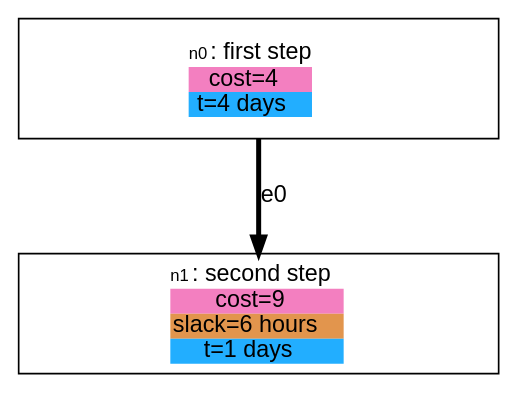
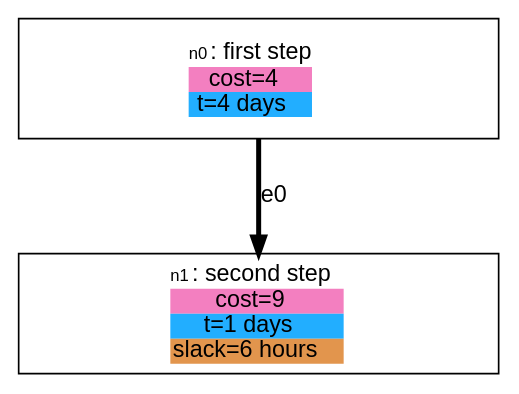
Before and after one commit to stevecooperorg/microdot: the diagram in examples/variables.dot, drawn with Graphviz. The commit also changed other lines of this file and 5 other files, not shown here.

```diff
--- a/examples/variables.dot
+++ b/examples/variables.dot
@@ -1,48 +1,48 @@
 digraph {
 
     graph [fontname = "helvetica" rankdir="TB" ranksep=0.75 nodesep=0.5];
     node [fontname = "helvetica" shape = "box" width=2.5 style=filled];
     edge [fontname = "helvetica" penwidth=3 color="#000000"];
 
     n0 [width=4 height=1 label=< <TABLE BORDER="0" CELLPADDING="0" CELLSPACING="0">
     <TR>
         <TD COLSPAN="2"><FONT POINT-SIZE="10">n0</FONT>: first step</TD>
     </TR>
     
         
            <TR>
 <TD BGCOLOR="#F37FC0"><FONT COLOR="#000000">cost=4</FONT></TD>
 </TR>
         
            <TR>
 <TD BGCOLOR="#22AEFF"><FONT COLOR="#000000">t=4 days</FONT></TD>
 </TR>
         
     
    </TABLE>
 > fillcolor="#FFFFFF"]
     n1 [width=4 height=1 label=< <TABLE BORDER="0" CELLPADDING="0" CELLSPACING="0">
     <TR>
         <TD COLSPAN="3"><FONT POINT-SIZE="10">n1</FONT>: second step</TD>
     </TR>
     
         
            <TR>
 <TD BGCOLOR="#F37FC0"><FONT COLOR="#000000">cost=9</FONT></TD>
 </TR>
         
            <TR>
-<TD BGCOLOR="#E2954D"><FONT COLOR="#000000">slack=6 hours</FONT></TD>
+<TD BGCOLOR="#22AEFF"><FONT COLOR="#000000">t=1 days</FONT></TD>
 </TR>
         
            <TR>
-<TD BGCOLOR="#22AEFF"><FONT COLOR="#000000">t=1 days</FONT></TD>
+<TD BGCOLOR="#E2954D"><FONT COLOR="#000000">slack=6 hours</FONT></TD>
 </TR>
         
     
    </TABLE>
 > fillcolor="#FFFFFF"]
 
     "n0" -> "n1" [label="e0"];
 
 }
```
